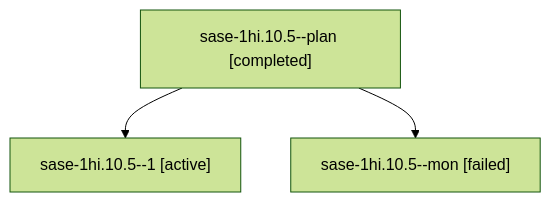
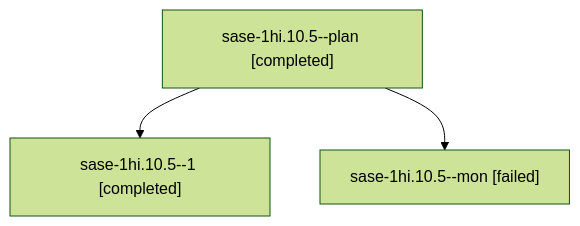
One commit to sase-org/sase--agents changed the diagram in sessions/bbugyi200.apollo.sase-1hi.10.5.md. Above: the diagram before and after it, drawn with Mermaid (forest theme). The commit also changed other lines of this file and 103 other files, not shown here.

````diff
--- a/sessions/bbugyi200.apollo.sase-1hi.10.5.md
+++ b/sessions/bbugyi200.apollo.sase-1hi.10.5.md
@@ -9,8 +9,8 @@
 ```mermaid
 flowchart TD
   n0["sase-1hi.10.5--plan [completed]"]
-  n1["sase-1hi.10.5--1 [active]"]
+  n1["sase-1hi.10.5--1 [completed]"]
   n0 --> n1
   n2["sase-1hi.10.5--mon [failed]"]
   n0 --> n2
 ```
````
